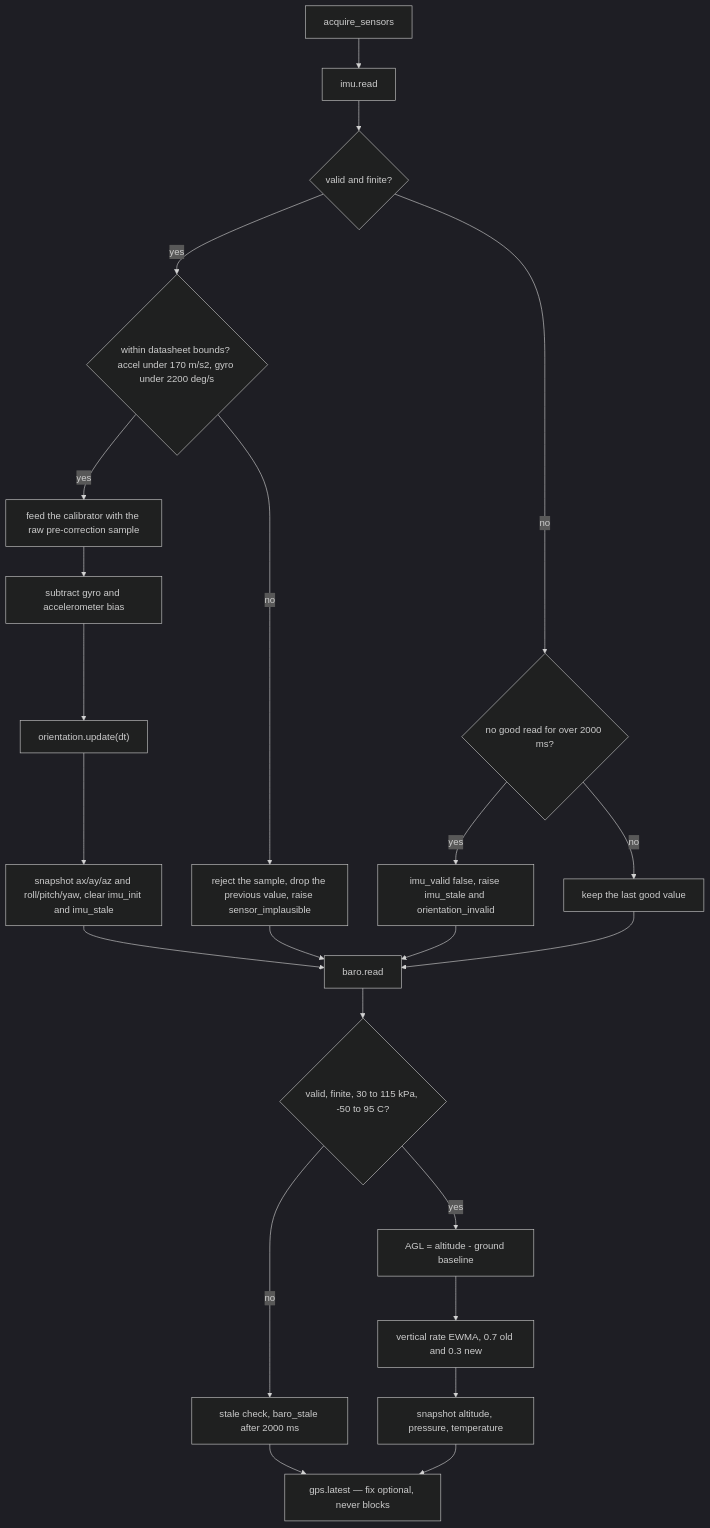
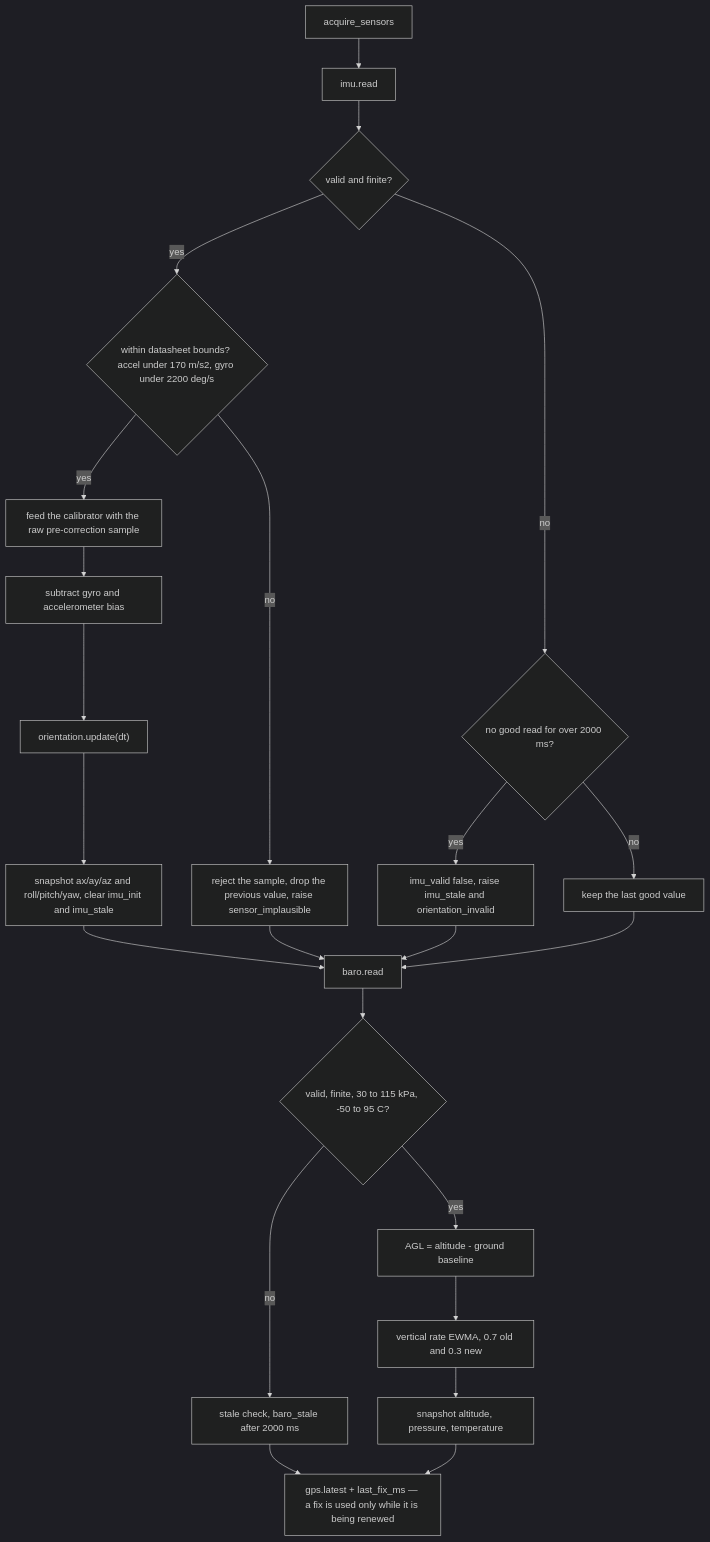
The fourth of 9 diagrams in documentation/design/software-architecture.md (KunjSorathiya/CanSat-2026), drawn with Mermaid (dark theme) before and after one commit. The commit also changed other lines of this file and 23 other files, not shown here.

````diff
--- a/documentation/design/software-architecture.md
+++ b/documentation/design/software-architecture.md
@@ -205,26 +205,26 @@
 ```mermaid
 flowchart TD
     A["acquire_sensors"] --> B["imu.read"]
     B --> C{"valid and finite?"}
     C -- no --> S2{"no good read for over 2000 ms?"}
     C -- yes --> D{"within datasheet bounds? accel under 170 m/s2, gyro under 2200 deg/s"}
     D -- no --> E["reject the sample, drop the previous value, raise sensor_implausible"]
     D -- yes --> F["feed the calibrator with the raw pre-correction sample"]
     F --> G["subtract gyro and accelerometer bias"]
     G --> H["orientation.update(dt)"]
     H --> I["snapshot ax/ay/az and roll/pitch/yaw, clear imu_init and imu_stale"]
     S2 -- yes --> S3["imu_valid false, raise imu_stale and orientation_invalid"]
     S2 -- no --> S4["keep the last good value"]
 
     I --> J["baro.read"]
     E --> J
     S3 --> J
     S4 --> J
     J --> K{"valid, finite, 30 to 115 kPa, -50 to 95 C?"}
     K -- no --> L["stale check, baro_stale after 2000 ms"]
     K -- yes --> M["AGL = altitude - ground baseline"]
     M --> N["vertical rate EWMA, 0.7 old and 0.3 new"]
     N --> O["snapshot altitude, pressure, temperature"]
-    L --> P["gps.latest — fix optional, never blocks"]
+    L --> P["gps.latest + last_fix_ms — a fix is used only while it is being renewed"]
     O --> P
 ```
````
